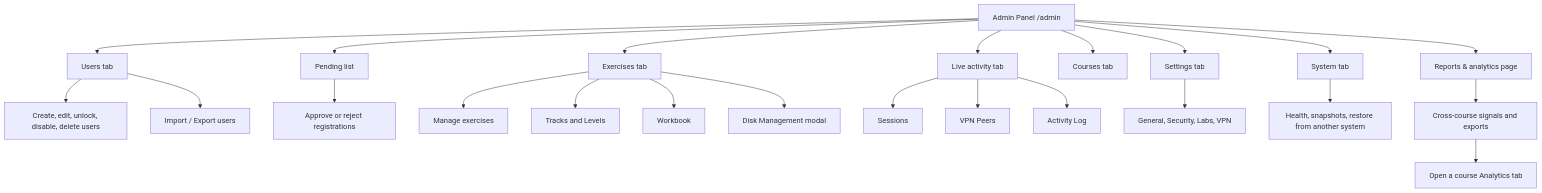
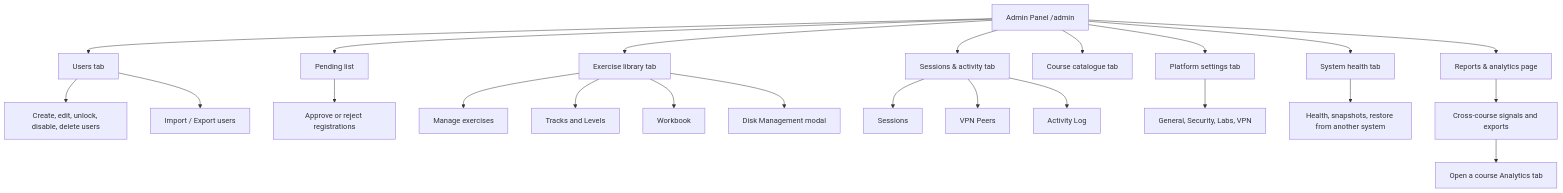
Before and after one commit to RobChaykoski/opencyberrange: the diagram in Manual-Lite/04_Admin_Guide/01_Admin_Panel_Overview.md, drawn with Mermaid. The commit also changed other lines of this file and 62 other files, not shown here.

````diff
--- a/Manual-Lite/04_Admin_Guide/01_Admin_Panel_Overview.md
+++ b/Manual-Lite/04_Admin_Guide/01_Admin_Panel_Overview.md
@@ -54,26 +70,26 @@
 ```mermaid
 flowchart TD
   A[Admin Panel /admin] --> U[Users tab]
   A --> P[Pending list]
-  A --> E[Exercises tab]
-  A --> M[Live activity tab]
-  A --> C[Courses tab]
-  A --> SET[Settings tab]
-  A --> SYS[System tab]
+  A --> E[Exercise library tab]
+  A --> M[Sessions & activity tab]
+  A --> C[Course catalogue tab]
+  A --> SET[Platform settings tab]
+  A --> SYS[System health tab]
   A --> R[Reports & analytics page]
 
   U --> U1[Create, edit, unlock, disable, delete users]
   U --> U2[Import / Export users]
   P --> P1[Approve or reject registrations]
   E --> E1[Manage exercises]
   E --> E2[Tracks and Levels]
   E --> E3[Workbook]
   E --> E4[Disk Management modal]
   M --> M1[Sessions]
   M --> M2[VPN Peers]
   M --> M3[Activity Log]
   SET --> S1[General, Security, Labs, VPN]
   SYS --> SY1[Health, snapshots, restore from another system]
   R --> R1[Cross-course signals and exports]
   R1 --> R2[Open a course Analytics tab]
 ```
````
